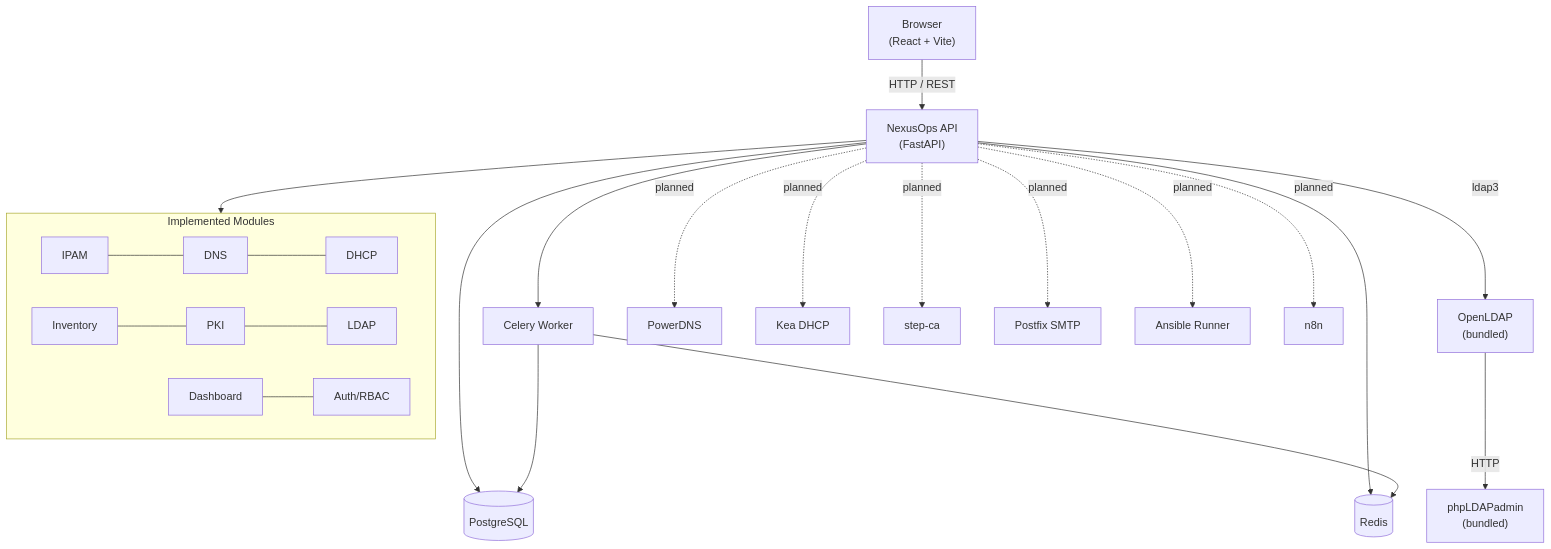
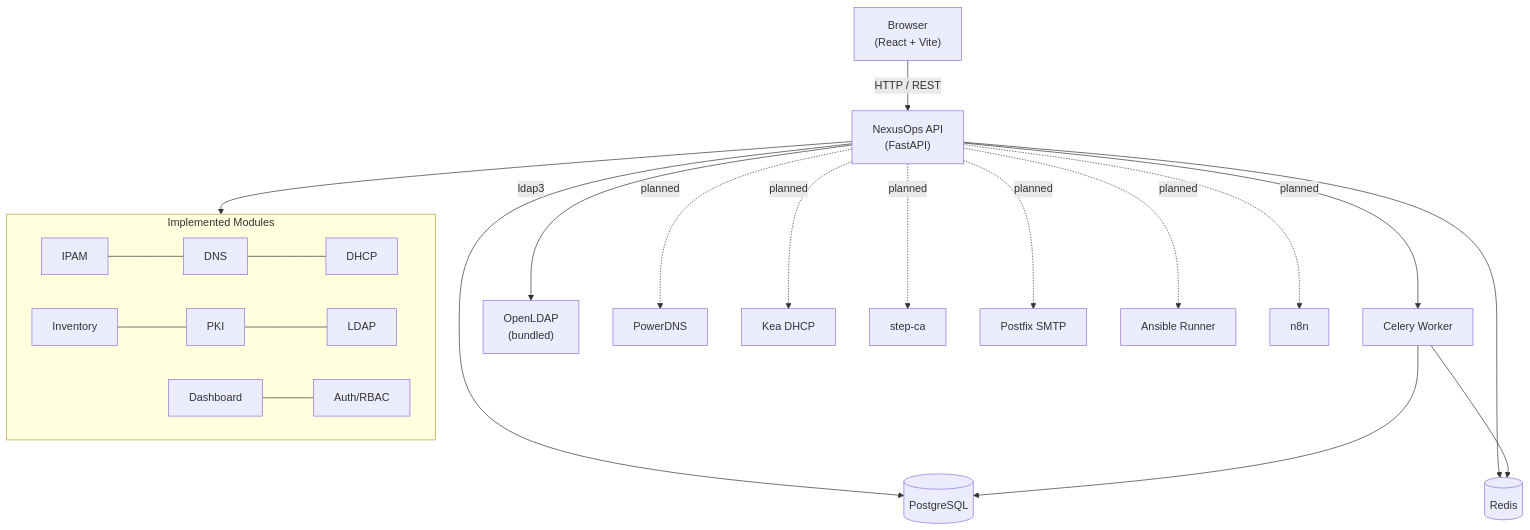
The diagram in README.md (thrinadsanjay/NexusOps), drawn with Mermaid before and after one commit. The commit also changed other lines of this file and 30 other files, not shown here.

````diff
--- a/README.md
+++ b/README.md
@@ -241,28 +239,27 @@
 ```mermaid
 graph TD
     Browser["Browser\n(React + Vite)"] -->|HTTP / REST| API["NexusOps API\n(FastAPI)"]
     API --> DB[(PostgreSQL)]
     API --> Cache[(Redis)]
     API --> Worker["Celery Worker"]
     Worker --> DB
     Worker --> Cache
 
     API -->|ldap3| LDAP["OpenLDAP\n(bundled)"]
-    LDAP -->|HTTP| LDAPAdmin["phpLDAPadmin\n(bundled)"]
 
     API -.->|planned| PowerDNS["PowerDNS"]
     API -.->|planned| Kea["Kea DHCP"]
     API -.->|planned| StepCA["step-ca"]
     API -.->|planned| Postfix["Postfix SMTP"]
     API -.->|planned| Ansible["Ansible Runner"]
     API -.->|planned| N8N["n8n"]
 
     subgraph "Implemented Modules"
         direction LR
         M1[IPAM] --- M2[DNS] --- M3[DHCP]
         M4[Inventory] --- M5[PKI] --- M6[LDAP]
         M7[Dashboard] --- M8[Auth/RBAC]
     end
 
     API --> M1
 ```
````
